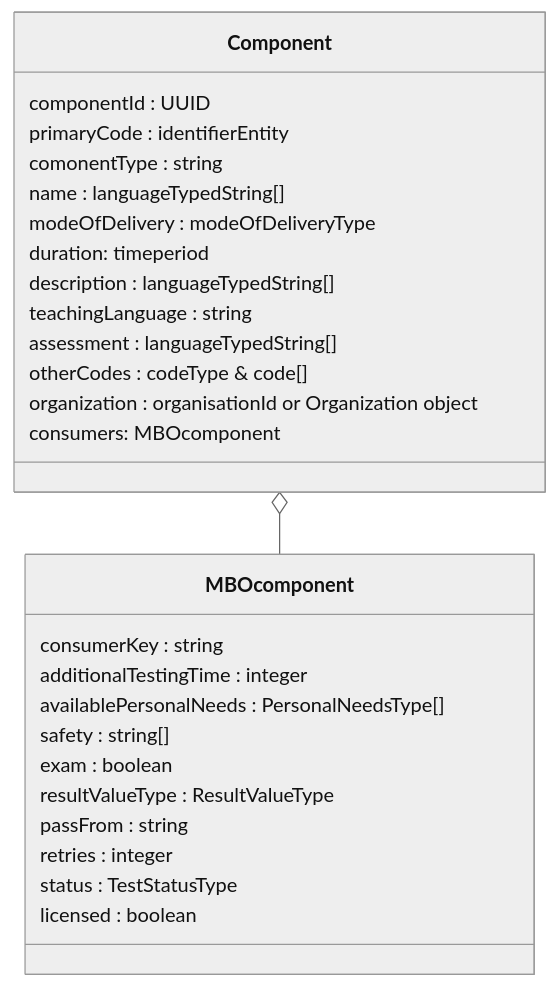
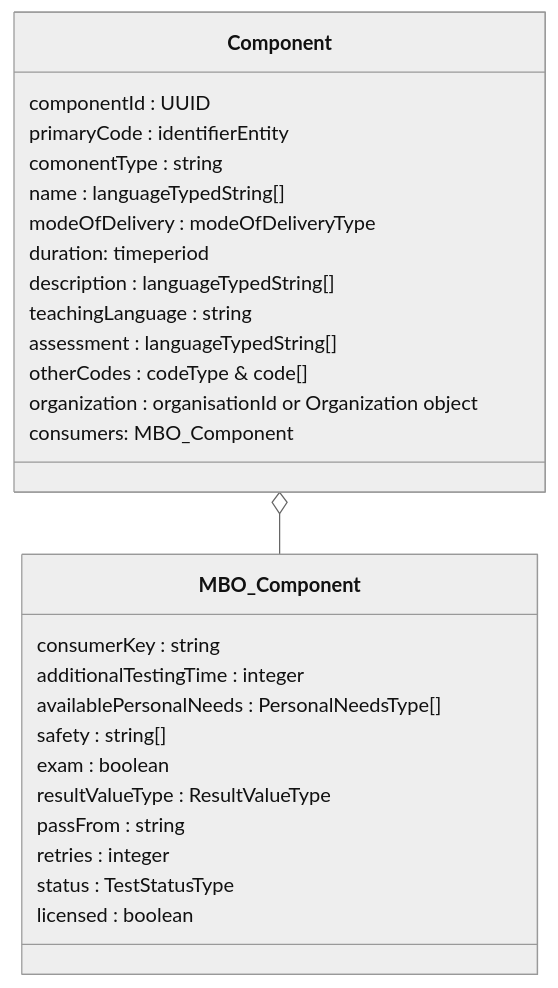
Before and after one commit to NetwerkExamineringDigitalisering/NED-OOAPI: the second of 3 diagrams in doc/flow0.md, drawn with Mermaid (neutral theme). The commit also changed other lines of this file, not shown here.

````diff
--- a/doc/flow0.md
+++ b/doc/flow0.md
@@ -21,30 +21,30 @@
 ```mermaid
 classDiagram
     class Component {
     	componentId : UUID
 	primaryCode : identifierEntity
 	comonentType : string
 	name : languageTypedString[]
 	modeOfDelivery : modeOfDeliveryType
     duration: timeperiod
 	description : languageTypedString[]
 	teachingLanguage : string
 	assessment : languageTypedString[]
 	otherCodes : codeType & code[]
 	organization : organisationId or Organization object
-    consumers: MBOcomponent
+    consumers: MBO_Component
     }
-    class MBOcomponent {
+    class MBO_Component {
     	consumerKey : string
 	additionalTestingTime : integer
 	availablePersonalNeeds : PersonalNeedsType[]
 	safety : string[]
 	exam : boolean
 	resultValueType : ResultValueType
 	passFrom : string
 	retries : integer
 	status : TestStatusType
 	licensed : boolean
     }
-    Component o-- MBOcomponent
+    Component o-- MBO_Component
 ```
````
